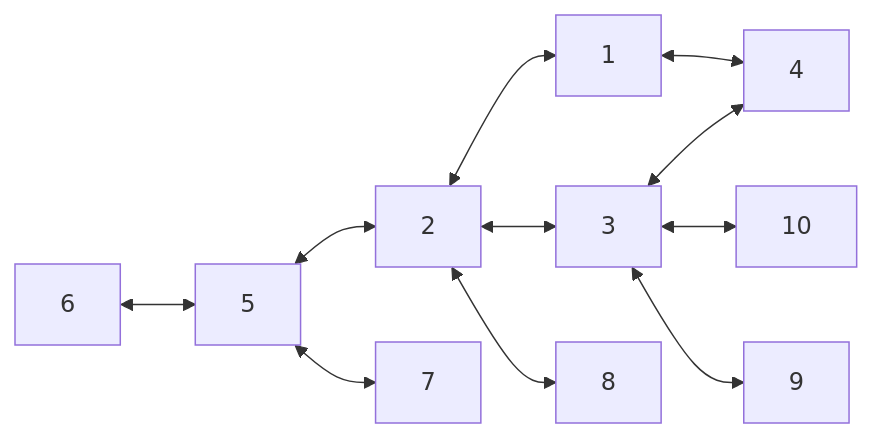
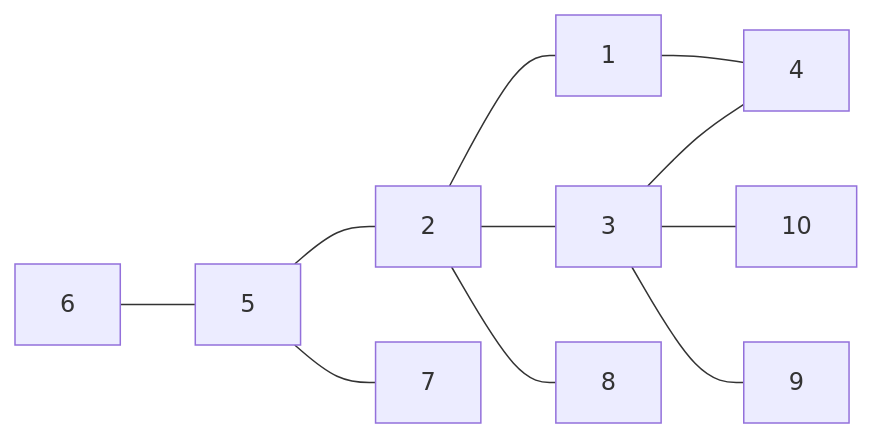
Before and after one commit to shasankp000/CSE-Engineering-Notes: diagram 11 of 16 in src/site/notes/Artificial Intelligence/Module 2 -- Search Strategies and Adversarial Search.md, drawn with Mermaid. The commit also changed other lines of this file and 3 other files, not shown here.

````diff
--- a/src/site/notes/Artificial Intelligence/Module 2 -- Search Strategies and Adversarial Search.md
+++ b/src/site/notes/Artificial Intelligence/Module 2 -- Search Strategies and Adversarial Search.md
@@ -640,13 +640,13 @@
 ```mermaid
 flowchart LR;
-	6<-->5;
-	5<-->7;
-	5<-->2;
-	2<-->8;
-	2<-->1;
-	2<-->3;
-	1<-->4;
-	3<-->4;
-	3<-->10;
-	3<-->9;
+	6---5;
+	5---7;
+	5---2;
+	2---8;
+	2---1;
+	2---3;
+	1---4;
+	3---4;
+	3---10;
+	3---9;
 ```
````
